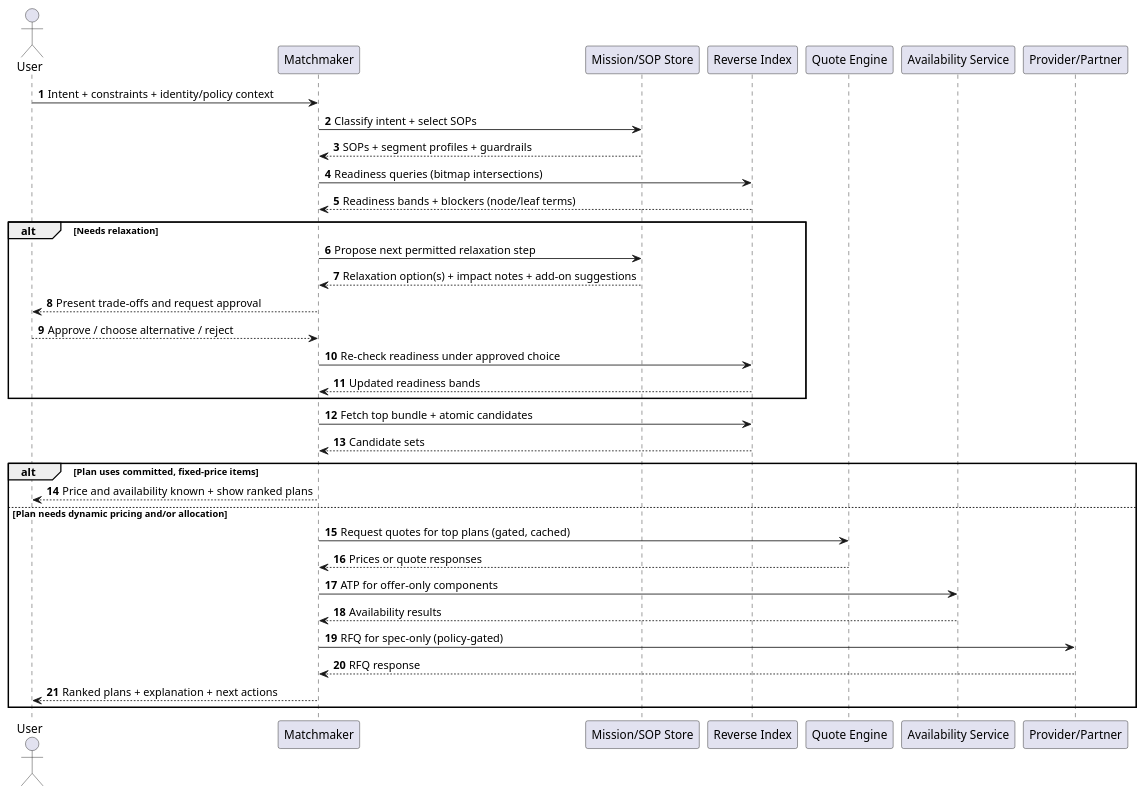
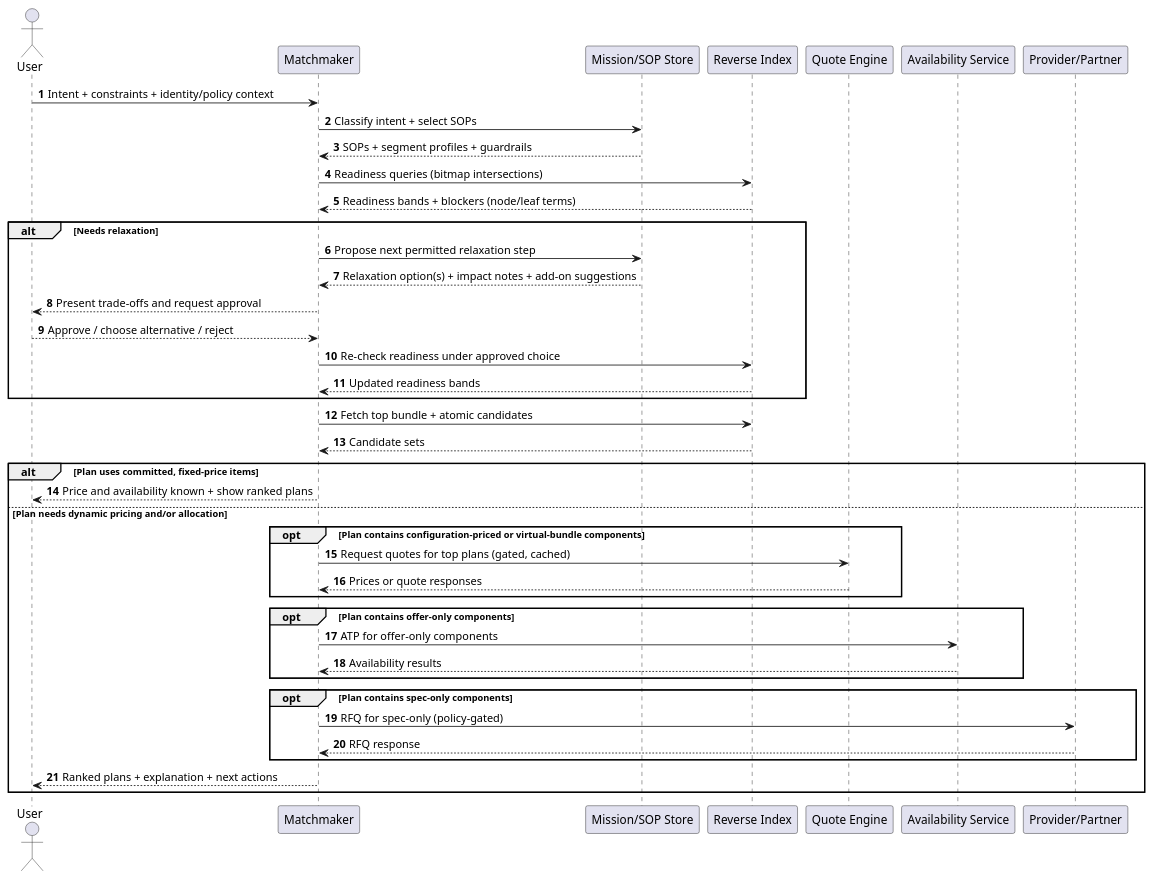
One commit to psi-consortium/psi changed the second of 5 diagrams in doc/PSI/PSI-TOD/appendices/TOD-A01-Mission_Centric_Matchmaking.md. Above: the diagram before and after it, drawn with PlantUML. The commit also changed other lines of this file and 1 other file, not shown here.

````diff
--- a/doc/PSI/PSI-TOD/appendices/TOD-A01-Mission_Centric_Matchmaking.md
+++ b/doc/PSI/PSI-TOD/appendices/TOD-A01-Mission_Centric_Matchmaking.md
@@ -164,46 +165,49 @@
 ```plantuml
 @startuml
 autonumber
 actor User
 participant Matchmaker
 participant "Mission/SOP Store" as Mission
 participant "Reverse Index" as Index
 participant "Quote Engine" as Quote
 participant "Availability Service" as ATP
 participant "Provider/Partner" as Provider
 
 User -> Matchmaker : Intent + constraints + identity/policy context
 Matchmaker -> Mission : Classify intent + select SOPs
 Mission --> Matchmaker : SOPs + segment profiles + guardrails
 
 Matchmaker -> Index : Readiness queries (bitmap intersections)
 Index --> Matchmaker : Readiness bands + blockers (node/leaf terms)
 
 alt Needs relaxation
   Matchmaker -> Mission : Propose next permitted relaxation step
   Mission --> Matchmaker : Relaxation option(s) + impact notes + add-on suggestions
   Matchmaker --> User : Present trade-offs and request approval
   User --> Matchmaker : Approve / choose alternative / reject
   Matchmaker -> Index : Re-check readiness under approved choice
   Index --> Matchmaker : Updated readiness bands
 end
 
 Matchmaker -> Index : Fetch top bundle + atomic candidates
 Index --> Matchmaker : Candidate sets
 
 alt Plan uses committed, fixed-price items
   Matchmaker --> User : Price and availability known + show ranked plans
 else Plan needs dynamic pricing and/or allocation
-  Matchmaker -> Quote : Request quotes for top plans (gated, cached)
-  Quote --> Matchmaker : Prices or quote responses
-
-  Matchmaker -> ATP : ATP for offer-only components
-  ATP --> Matchmaker : Availability results
-
-  Matchmaker -> Provider : RFQ for spec-only (policy-gated)
-  Provider --> Matchmaker : RFQ response
-
+  opt Plan contains configuration-priced or virtual-bundle components
+    Matchmaker -> Quote : Request quotes for top plans (gated, cached)
+    Quote --> Matchmaker : Prices or quote responses
+  end
+  opt Plan contains offer-only components
+    Matchmaker -> ATP : ATP for offer-only components
+    ATP --> Matchmaker : Availability results
+  end
+  opt Plan contains spec-only components
+    Matchmaker -> Provider : RFQ for spec-only (policy-gated)
+    Provider --> Matchmaker : RFQ response
+  end
   Matchmaker --> User : Ranked plans + explanation + next actions
 end
 @enduml
 ```
````
